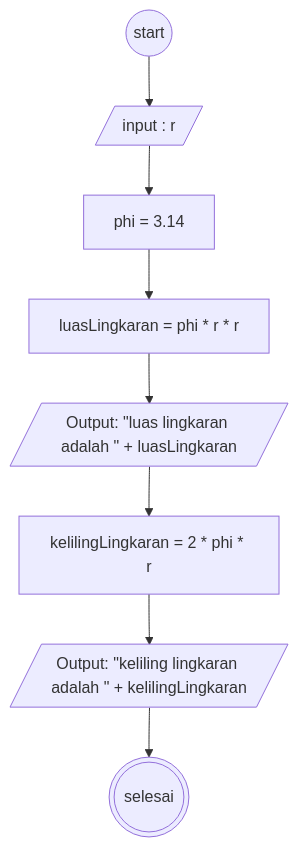
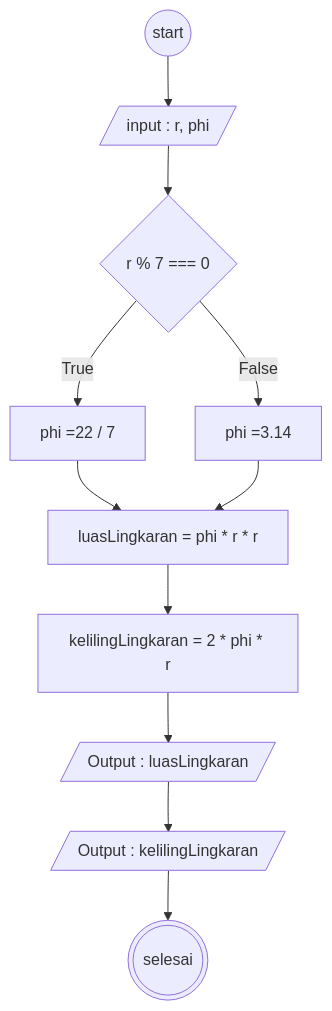
The diagram in README.md (adityabastyas/koda-b6-javascript1), drawn with Mermaid before and after one commit.

Commit message:
Update flowchart in README.md for Task 1

````diff
--- a/README.md
+++ b/README.md
@@ -7,20 +7,27 @@
 ```mermaid
 flowchart TD
 
   A@{shape: circle, label: "start"}
-  B@{shape: lean-r, label: "input : r"}
-  C@{shape: rect, label: "phi = 3.14"}
-  D@{shape: rect, label: "luasLingkaran =  phi * r * r"}
-  E@{shape: lean-r, label: 'Output: "luas lingkaran adalah " + luasLingkaran'}
-  F@{shape: rect, label: "kelilingLingkaran = 2 * phi * r"}
-  G@{shape: lean-r, label: 'Output: "keliling lingkaran adalah " + kelilingLingkaran'}
- H@{shape: dbl-circ, label: "selesai"}
+  B@{shape: lean-r, label: "input : r, phi"}
+  C@{shape: diamond, label: "r % 7 === 0"}
+  D@{shape: rect, label: "phi =22 / 7"}
+  E@{shape: rect, label: "phi =3.14"}
+  F@{shape: rect, label: "luasLingkaran = phi * r * r"}
+  G@{shape: rect, label: "kelilingLingkaran = 2 * phi * r"}
+  H@{shape: lean-r, label: "Output : luasLingkaran"}
+  I@{shape: lean-r, label: "Output : kelilingLingkaran"}
+
+ J@{shape: dbl-circ, label: "selesai"}
 
   A --> B
   B --> C
-  C --> D
-  D --> E
+  C --True--> D
+  C --False--> E
+  D --> F
   E --> F
   F --> G
   G --> H
+  H --> I
+  I --> J
+
 ```
````
